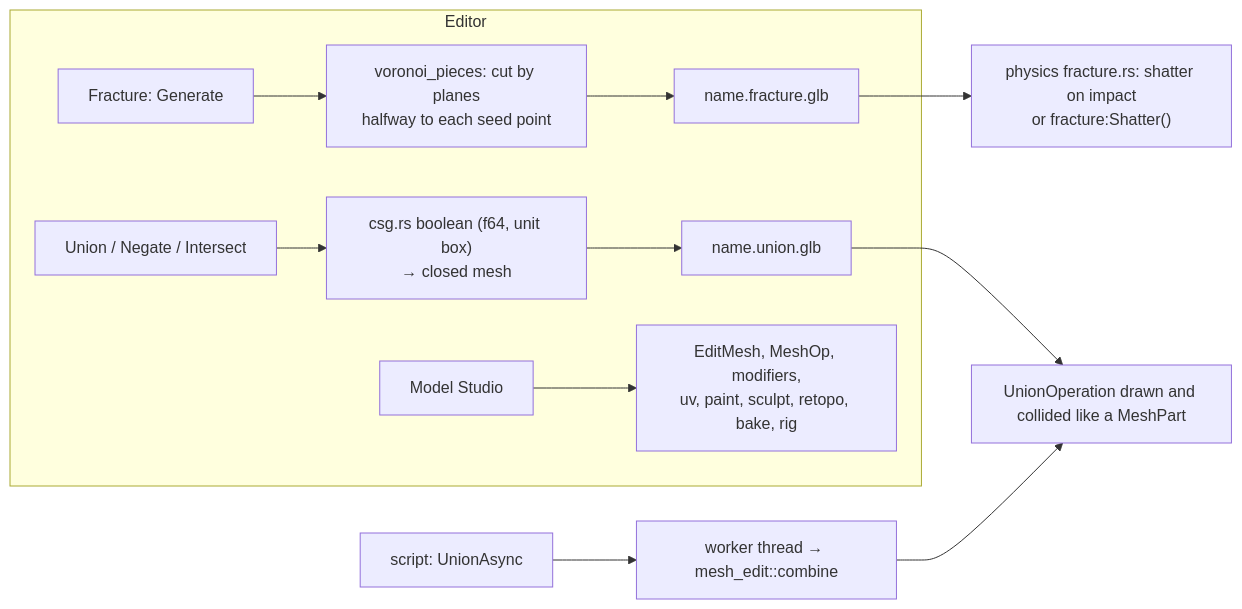
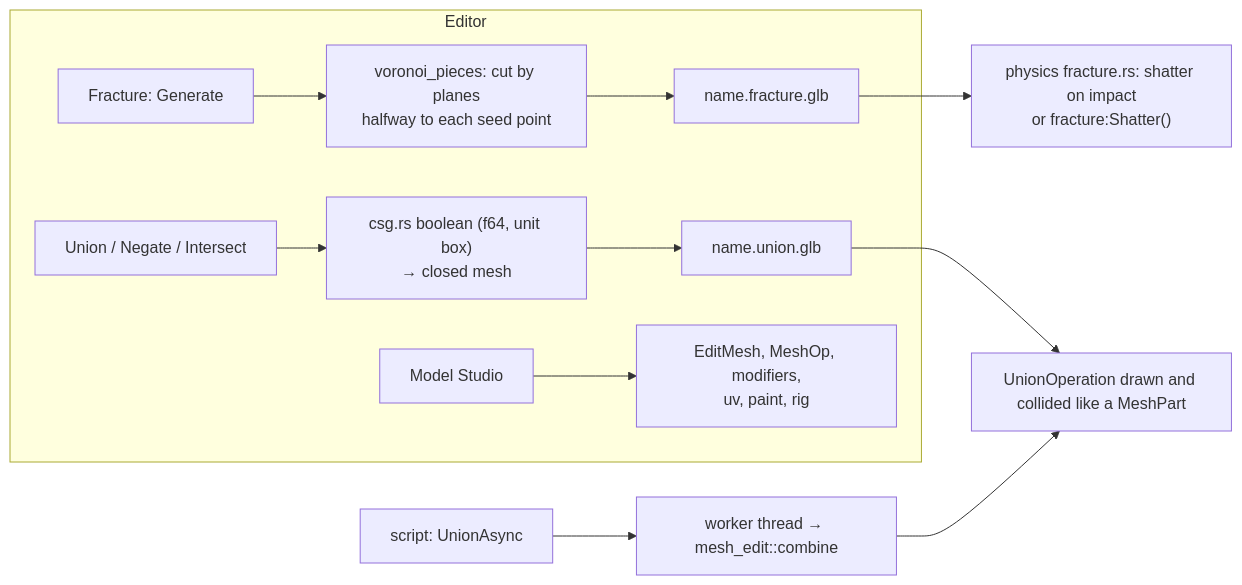
Before and after one commit to MrBearson321/Axcenity-Engine: the diagram in wiki/Engine-Systems/Mesh-Editing-and-CSG.md, drawn with Mermaid. The commit also changed other lines of this file and 41 other files, not shown here.

First line of the commit message:
Phase 90: a narrower Model Studio (sculpt, retopology and bake out)

````diff
--- a/wiki/Engine-Systems/Mesh-Editing-and-CSG.md
+++ b/wiki/Engine-Systems/Mesh-Editing-and-CSG.md
@@ -21,11 +21,11 @@
 ```mermaid
 flowchart LR
   subgraph Editor
     G[Fracture: Generate] --> V["voronoi_pieces: cut by planes<br/>halfway to each seed point"] --> GLB1[name.fracture.glb]
     U[Union / Negate / Intersect] --> B["csg.rs boolean (f64, unit box)<br/>→ closed mesh"] --> GLB2[name.union.glb]
-    MS[Model Studio] --> EM[EditMesh, MeshOp, modifiers,<br/>uv, paint, sculpt, retopo, bake, rig]
+    MS[Model Studio] --> EM[EditMesh, MeshOp, modifiers,<br/>uv, paint, rig]
   end
   GLB1 --> PH["physics fracture.rs: shatter on impact<br/>or fracture:Shatter()"]
   GLB2 --> PART[UnionOperation drawn and collided like a MeshPart]
   S["script: UnionAsync"] --> T[worker thread → mesh_edit::combine] --> PART
 ```
````
